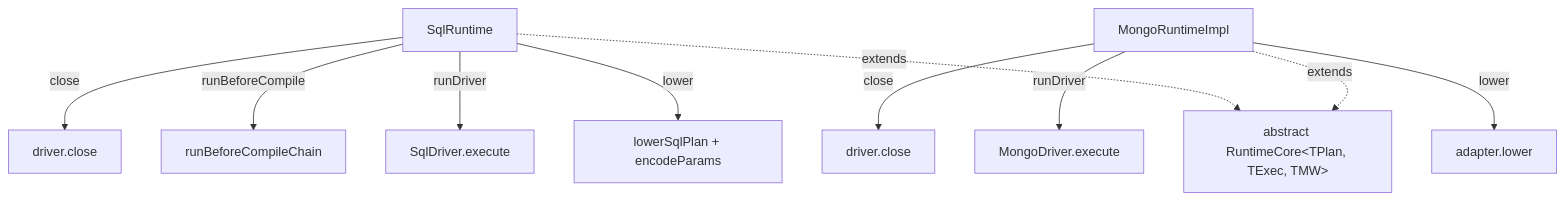
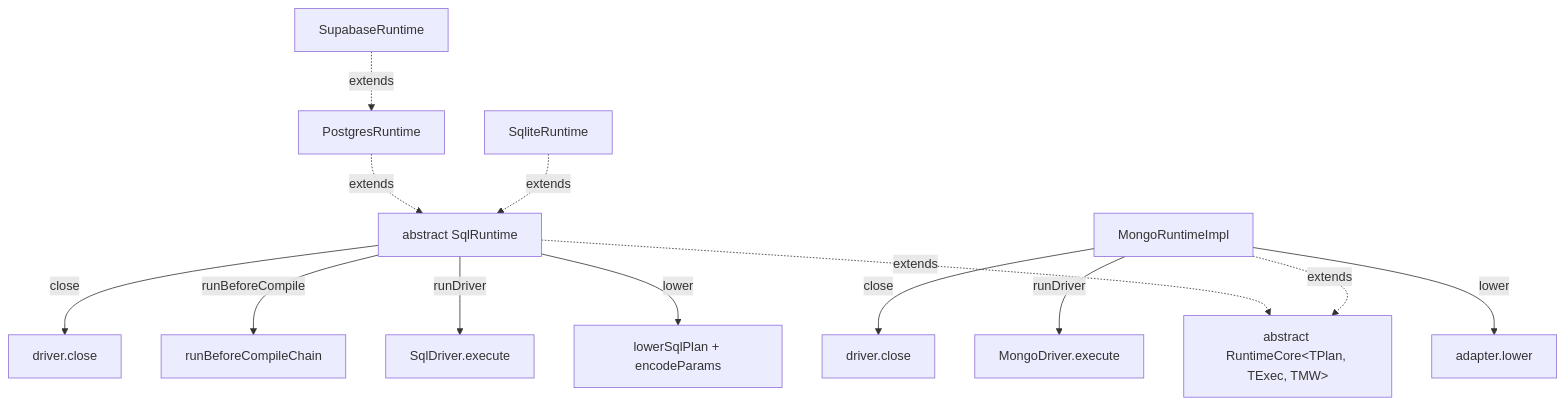
Before and after one commit to prisma/prisma-next: the second of 3 diagrams in docs/architecture docs/subsystems/4. Runtime & Middleware Framework.md, drawn with Mermaid. The commit also changed other lines of this file and 1 other file, not shown here.

First line of the commit message:
TML-2881: revise runtime ADR to as-built design; update runtime subsystem doc

````diff
--- a/docs/architecture docs/subsystems/4. Runtime & Middleware Framework.md
+++ b/docs/architecture docs/subsystems/4. Runtime & Middleware Framework.md
@@ -137,15 +148,18 @@
 ```mermaid
 flowchart TB
   Core[abstract RuntimeCore&lt;TPlan, TExec, TMW&gt;]
-  SR[SqlRuntime]
+  SR[abstract SqlRuntime]
   MR[MongoRuntimeImpl]
   SR -.extends.-> Core
   MR -.extends.-> Core
   SR -- lower --> LowerS[lowerSqlPlan + encodeParams]
   SR -- runDriver --> DriverS[SqlDriver.execute]
   SR -- runBeforeCompile --> BCC[runBeforeCompileChain]
   SR -- close --> CloseS[driver.close]
   MR -- lower --> LowerM[adapter.lower]
   MR -- runDriver --> DriverM[MongoDriver.execute]
   MR -- close --> CloseM[driver.close]
+  PR[PostgresRuntime] -.extends.-> SR
+  SLR[SqliteRuntime] -.extends.-> SR
+  SupR[SupabaseRuntime] -.extends.-> PR
 ```
````
